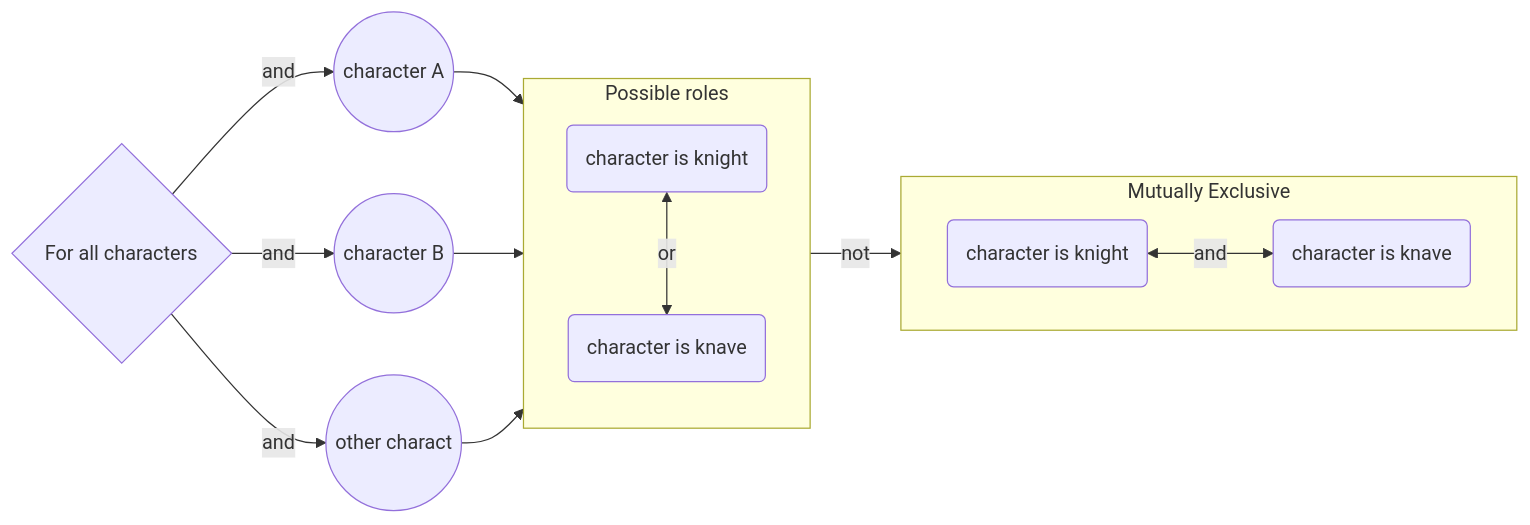
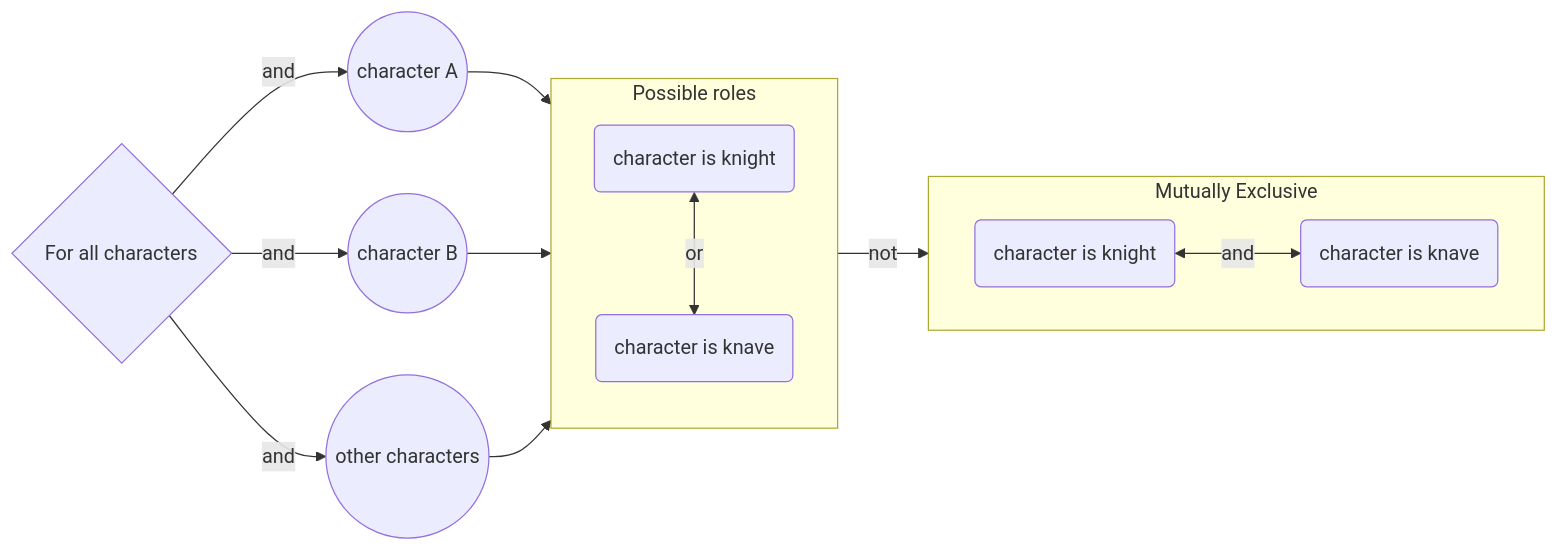
Before and after one commit to zihanshen0112-collab/CS50AI: the first of 7 diagrams in week1/README.md, drawn with Mermaid.

Commit message:
solving the issue of graphs not display

````diff
--- a/week1/README.md
+++ b/week1/README.md
@@ -79,19 +79,19 @@
 ```mermaid
 graph LR
 A{For all characters} -- and --> B((character A))
 A -- and --> C((character B))
-A -- and --> D((other charact))
+A -- and --> D((other characters))
     subgraph Cp[Possible roles]
         direction TD
-        E(character is knight) <-->|or| F(character is knave)
-    end 
+        E(character is knight) <--> |or| F(character is knave)
+    end
 B --> Cp
 C --> Cp
 D --> Cp
         
     subgraph Bgl[Mutually Exclusive]
         direction LR
         G(character is knight) <-->|and| H(character is knave)
     end
 Cp -- not --> Bgl
 ```
````
